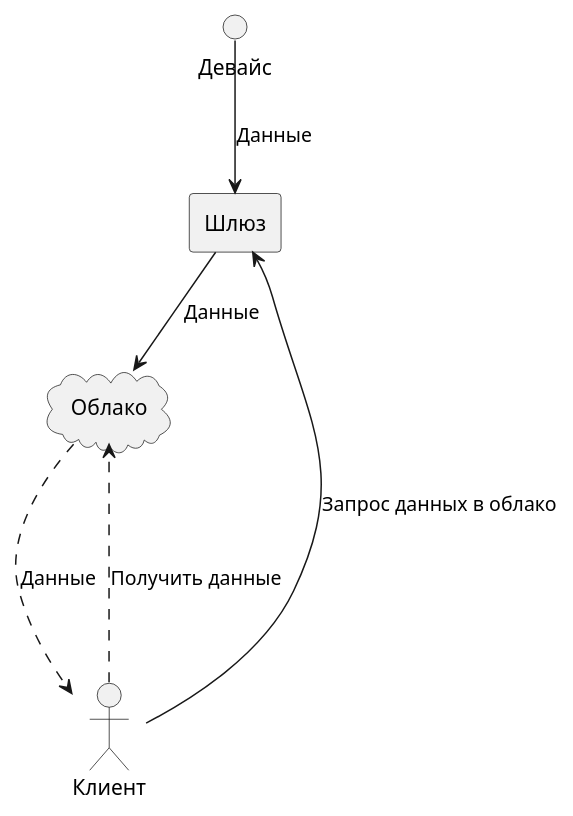
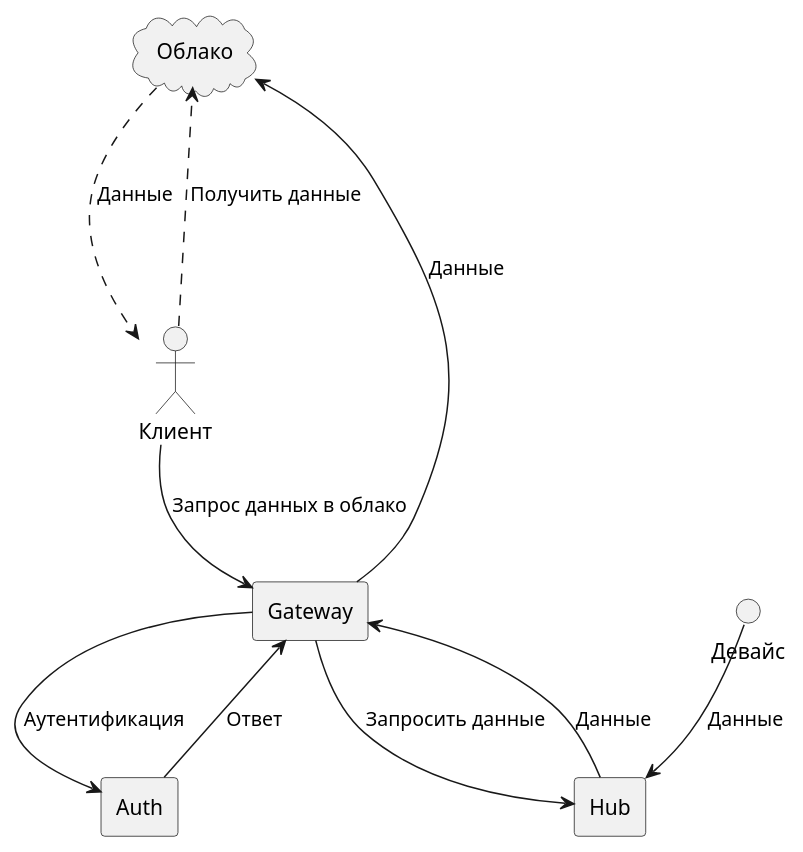
Before and after one commit to SPBU-gateway/artefacts: the diagram in diagrams/architectory-hla-0-01/architectory-0-01.puml, drawn with PlantUML. The commit also changed 1 other file, not shown here.

```diff
--- a/diagrams/architectory-hla-0-01/architectory-0-01.puml
+++ b/diagrams/architectory-hla-0-01/architectory-0-01.puml
@@ -1,12 +1,18 @@
 @startuml
-circle Девайс as device
-rectangle Шлюз as gateway
+cloud Облако as cloud
 actor Клиент as user
-cloud Облако as cloud
+rectangle Auth as auth
+rectangle Gateway as gateway
+rectangle Hub as hub
+circle Девайс as device1
 
 user --> gateway : Запрос данных в облако
 gateway --> cloud : Данные
-device --> gateway : Данные
+device1 --> hub : Данные
+gateway --> hub : Запросить данные
+hub --> gateway : Данные
+gateway --> auth : Аутентификация
+auth --> gateway : Ответ
 user -..> cloud : Получить данные
 cloud -..> user : Данные
 @enduml
```
